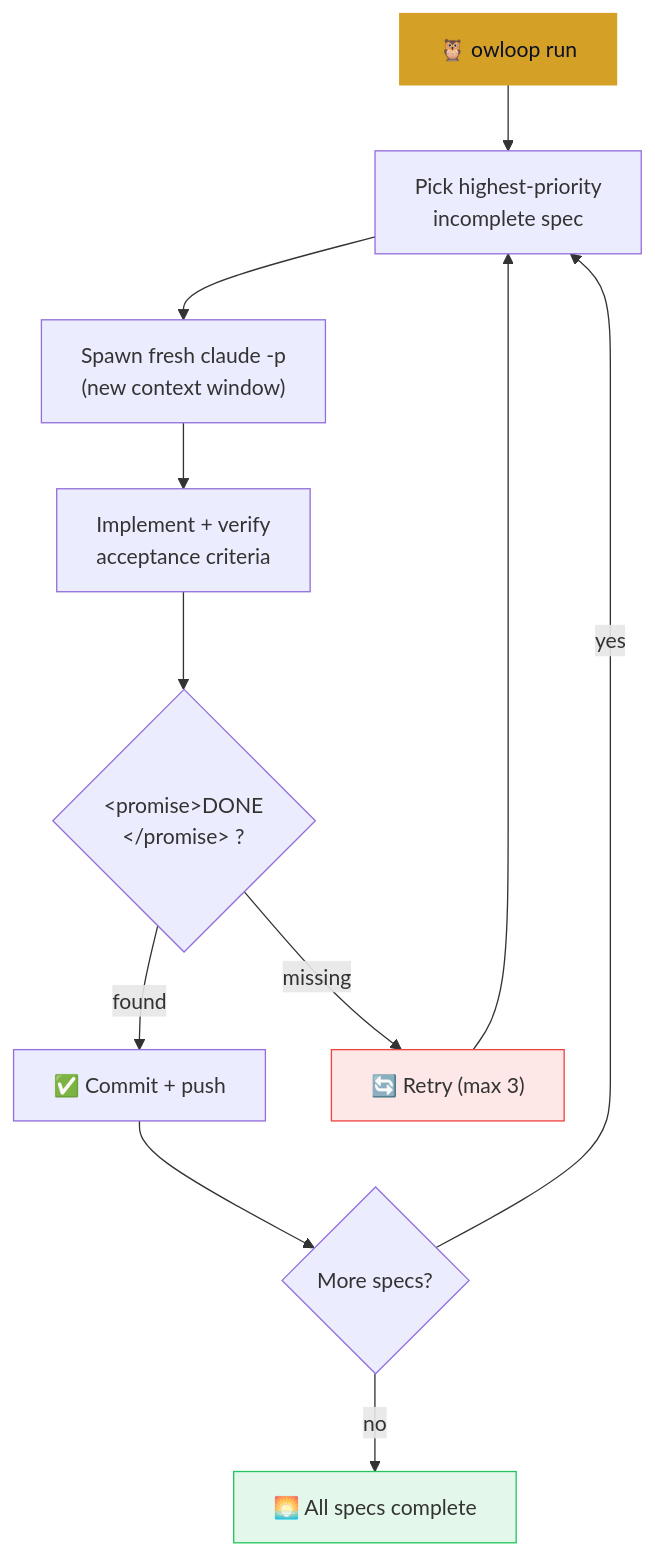
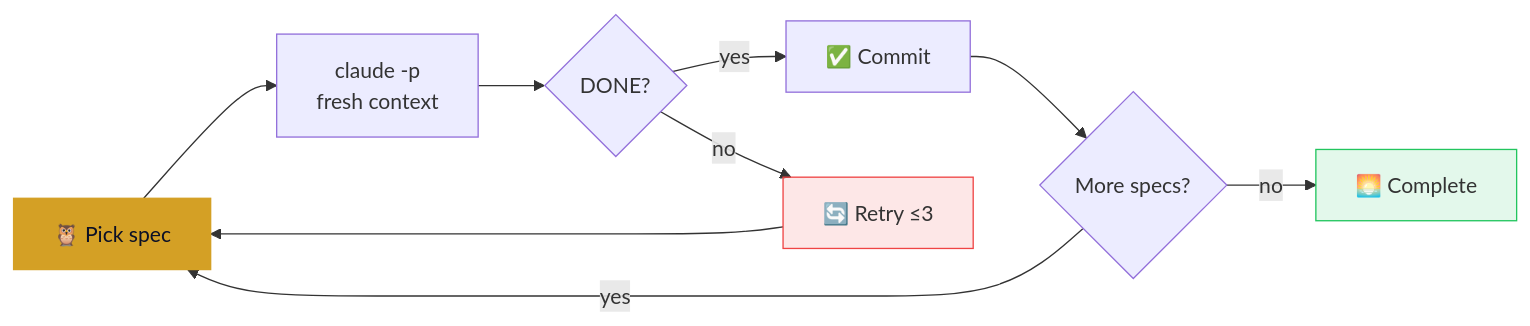
The diagram in README.md (caoergou/owloop), drawn with Mermaid before and after one commit. The commit also changed other lines of this file, not shown here.

Commit message:
docs: compact Mermaid diagram (LR), add FAQ and tool comparison for GEO

````diff
--- a/README.md
+++ b/README.md
@@ -42,17 +44,13 @@
 ```mermaid
-flowchart TD
-    A["🦉 owloop run"] --> B["Pick highest-priority\nincomplete spec"]
-    B --> C["Spawn fresh claude -p\n(new context window)"]
-    C --> D["Implement + verify\nacceptance criteria"]
-    D --> E{"&lt;promise&gt;DONE\n&lt;/promise&gt; ?"}
-    E -- "found" --> F["✅ Commit + push"]
-    E -- "missing" --> G["🔄 Retry (max 3)"]
-    G --> B
-    F --> H{"More specs?"}
-    H -- "yes" --> B
-    H -- "no" --> I["🌅 All specs complete"]
+graph LR
+    A["🦉 Pick spec"] --> B["claude -p<br/>fresh context"]
+    B --> C{"DONE?"}
+    C -- yes --> D["✅ Commit"] --> E{"More specs?"}
+    C -- no --> R["🔄 Retry ≤3"] --> A
+    E -- yes --> A
+    E -- no --> F["🌅 Complete"]
 
     style A fill:#d4a025,color:#0b1026,stroke:#d4a025
-    style I fill:#22c55e20,stroke:#22c55e
-    style G fill:#ef444420,stroke:#ef4444
+    style F fill:#22c55e20,stroke:#22c55e
+    style R fill:#ef444420,stroke:#ef4444
 ```
````
